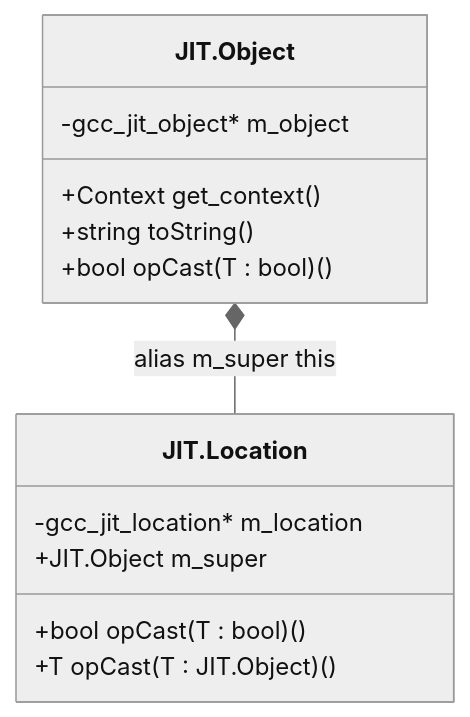
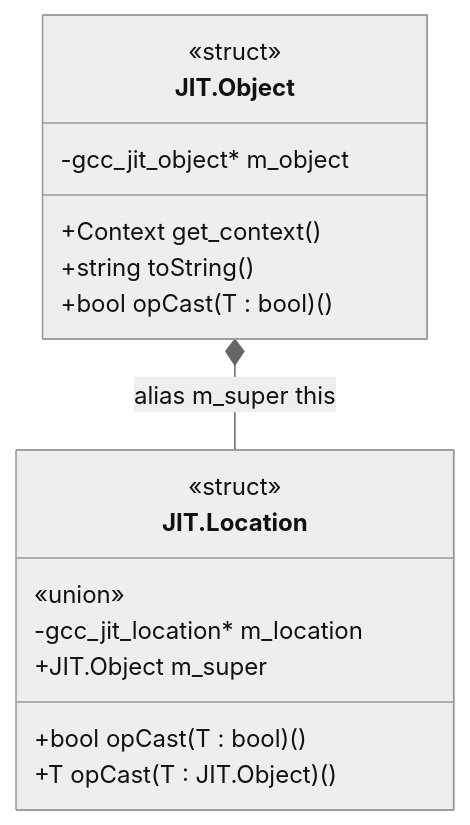
Before and after one commit to ibuclaw/gccjitd: the diagram in docs/3-d-api.md, drawn with Mermaid (neutral theme). The commit also changed 5 other files, not shown here.

````diff
--- a/docs/3-d-api.md
+++ b/docs/3-d-api.md
@@ -13,16 +13,19 @@
 ```mermaid
 classDiagram
     class JIT.Object {
+        <<struct>>
         +Context get_context()
         +string toString()
         +bool opCast(T : bool)()
         -gcc_jit_object* m_object
     }
     class JIT.Location {
+        <<struct>>
+        +bool opCast(T : bool)()
+        +T opCast(T : JIT.Object)()
+        «union»
         -gcc_jit_location* m_location
         +JIT.Object m_super
-        +bool opCast(T : bool)()
-        +T opCast(T : JIT.Object)()
     }
     JIT.Object *-- JIT.Location : alias m_super this
 ```
````
